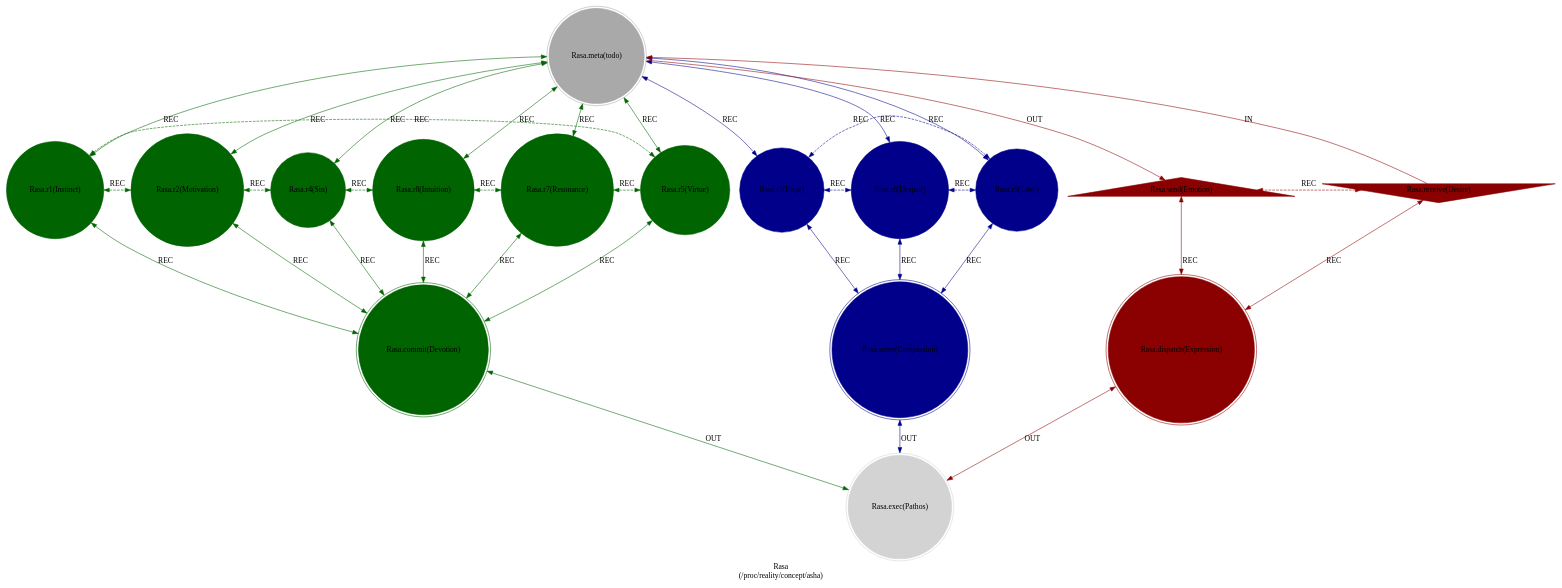
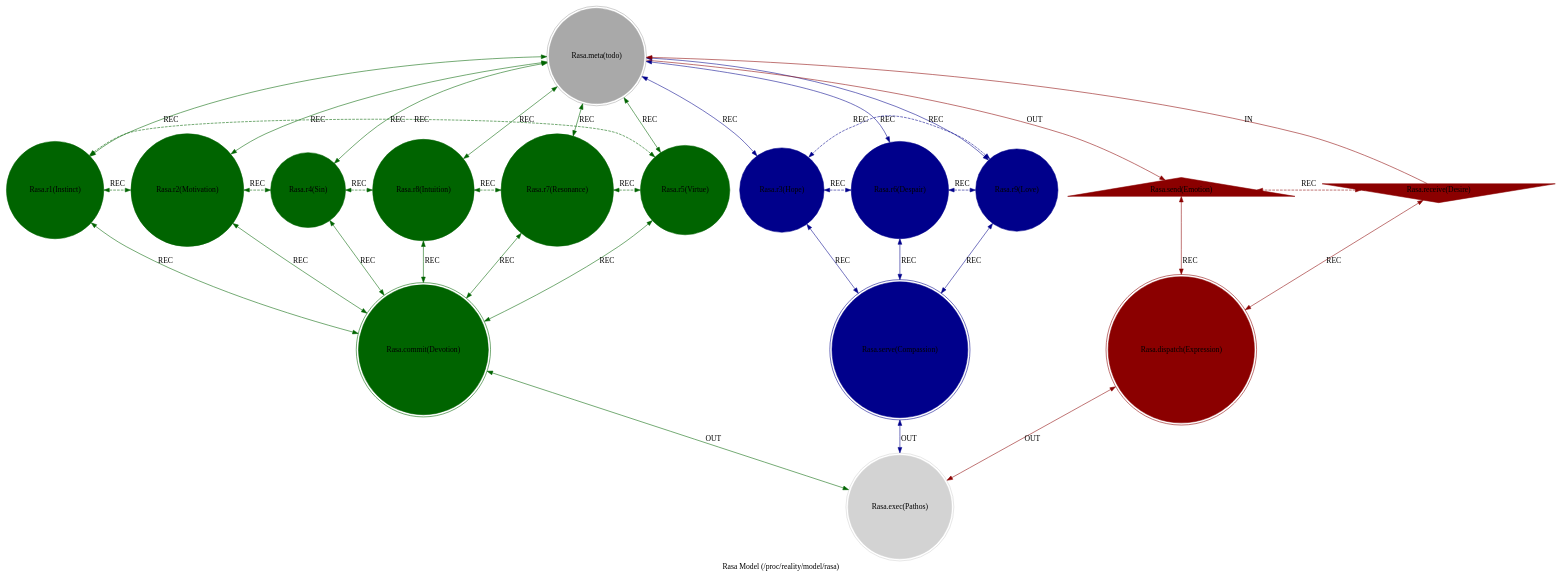
Before and after one commit to cilang/mythos: the diagram in src/includes/model/mythos_model_rasa.dot, drawn with Graphviz. The commit also changed 35 other files, not shown here.

```diff
--- a/src/includes/model/mythos_model_rasa.dot
+++ b/src/includes/model/mythos_model_rasa.dot
@@ -1,70 +1,64 @@
-strict digraph Rasa {
-    label = "Rasa\n(/proc/reality/concept/asha)";
+strict digraph RasaModel {
     style = filled;
     color = lightgray;
     node [shape = circle; style = filled; color = lightgreen;];
-
-    // The Axis A-0-B (In-Meta-Out).
-    // The Sacred 3-6-9 (Boundary of Perception).
-    // The Vortex 1-2-4-8-7-5 (Boundary of Comprehension).
-    // The Router C-D-E
-    // The Closure F
+    edge [color = darkgray;];
+    label = "Rasa Model (/proc/reality/model/rasa)";
+    comment = "TODO";
+    
     spark_0_rasa_model_t [label = "Rasa.meta(todo)";comment = "Abstract: TODO";shape = doublecircle;color = darkgray;];
     spark_1_rasa_model_t [label = "Rasa.r1(Instinct)";comment = "Initiation: TODO";color = darkgreen;];
     spark_2_rasa_model_t [label = "Rasa.r2(Motivation)";comment = "Response: TODO";color = darkgreen;];
     spark_4_rasa_model_t [label = "Rasa.r4(Sin)";comment = "Integration: TODO";color = darkgreen;];
     spark_8_rasa_model_t [label = "Rasa.r8(Intuition)";comment = "Reflection: TODO";color = darkgreen;];
     spark_7_rasa_model_t [label = "Rasa.r7(Resonance)";comment = "Consolidation: TODO";color = darkgreen;];
     spark_5_rasa_model_t [label = "Rasa.r5(Virtue)";comment = "Propagation: TODO";color = darkgreen;];
     spark_3_rasa_model_t [label = "Rasa.r3(Hope)";comment = "Thesis: TODO";color = darkblue;];
     spark_6_rasa_model_t [label = "Rasa.r6(Despair)";comment = "Antithesis: TODO";color = darkblue;];
     spark_9_rasa_model_t [label = "Rasa.r9(Love)";comment = "Synthesis: TODO";color = darkblue;];
     spark_a_rasa_model_t [label = "Rasa.receive(Desire)";comment = "Potential: A raw, undirected drive.";shape = invtriangle;color = darkred;];
     spark_b_rasa_model_t [label = "Rasa.send(Emotion)";comment = "Manifest: The complex feeling that arises from evaluated desire.";shape = triangle;color = darkred;];
     spark_c_rasa_model_t [label = "Rasa.dispatch(Expression)";comment = "Why-Who: TODO";shape = doublecircle;color = darkred;];
     spark_d_rasa_model_t [label = "Rasa.commit(Devotion)";comment = "What-How: TODO";shape = doublecircle;color = darkgreen;];
     spark_e_rasa_model_t [label = "Rasa.serve(Compassion)";comment = "When-Where: TODO";shape = doublecircle;color = darkblue;];
     spark_f_rasa_model_t [label = "Rasa.exec(Pathos)";comment = "Which-Closure: TODO";shape = doublecircle;color = lightgray;];
-
-    // IN = Input
-    // OUT = Output
-    // REC = Recursion
+    
     spark_a_rasa_model_t -> spark_0_rasa_model_t [label = "IN"; comment = "todo"; color = darkred; constraint = false;];
     spark_0_rasa_model_t -> spark_b_rasa_model_t [label = "OUT"; comment = "todo"; color = darkred;];
     spark_0_rasa_model_t -> spark_3_rasa_model_t [label = "REC"; comment = "todo"; color = darkblue; dir = both;];
     spark_0_rasa_model_t -> spark_6_rasa_model_t [label = "REC"; comment = "todo"; color = darkblue; dir = both;];
     spark_0_rasa_model_t -> spark_9_rasa_model_t [label = "REC"; comment = "todo"; color = darkblue; dir = both;];
     spark_0_rasa_model_t -> spark_1_rasa_model_t [label = "REC"; comment = "todo"; color = darkgreen; dir = both;];
     spark_0_rasa_model_t -> spark_2_rasa_model_t [label = "REC"; comment = "todo"; color = darkgreen; dir = both;];
     spark_0_rasa_model_t -> spark_4_rasa_model_t [label = "REC"; comment = "todo"; color = darkgreen; dir = both;];
     spark_0_rasa_model_t -> spark_8_rasa_model_t [label = "REC"; comment = "todo"; color = darkgreen; dir = both;];
     spark_0_rasa_model_t -> spark_7_rasa_model_t [label = "REC"; comment = "todo"; color = darkgreen; dir = both;];
     spark_0_rasa_model_t -> spark_5_rasa_model_t [label = "REC"; comment = "todo"; color = darkgreen; dir = both;];
-
+    
     spark_a_rasa_model_t -> spark_c_rasa_model_t [label = "REC"; comment = "todo"; color = darkred; dir = both;];
     spark_b_rasa_model_t -> spark_c_rasa_model_t [label = "REC"; comment = "todo"; color = darkred; dir = both;];
     spark_1_rasa_model_t -> spark_d_rasa_model_t [label = "REC"; comment = "todo"; color = darkgreen; dir = both;];
     spark_2_rasa_model_t -> spark_d_rasa_model_t [label = "REC"; comment = "todo"; color = darkgreen; dir = both;];
     spark_4_rasa_model_t -> spark_d_rasa_model_t [label = "REC"; comment = "todo"; color = darkgreen; dir = both;];
     spark_8_rasa_model_t -> spark_d_rasa_model_t [label = "REC"; comment = "todo"; color = darkgreen; dir = both;];
     spark_7_rasa_model_t -> spark_d_rasa_model_t [label = "REC"; comment = "todo"; color = darkgreen; dir = both;];
     spark_5_rasa_model_t -> spark_d_rasa_model_t [label = "REC"; comment = "todo"; color = darkgreen; dir = both;];
     spark_3_rasa_model_t -> spark_e_rasa_model_t [label = "REC"; comment = "todo"; color = darkblue; dir = both;];
     spark_6_rasa_model_t -> spark_e_rasa_model_t [label = "REC"; comment = "todo"; color = darkblue; dir = both;];
     spark_9_rasa_model_t -> spark_e_rasa_model_t [label = "REC"; comment = "todo"; color = darkblue; dir = both;];
-
+    
     spark_1_rasa_model_t -> spark_2_rasa_model_t [label = "REC"; comment = "todo"; color = darkgreen; dir = both; style = dashed; constraint = false;];
     spark_2_rasa_model_t -> spark_4_rasa_model_t [label = "REC"; comment = "todo"; color = darkgreen; dir = both; style = dashed; constraint = false;];
     spark_4_rasa_model_t -> spark_8_rasa_model_t [label = "REC"; comment = "todo"; color = darkgreen; dir = both; style = dashed; constraint = false;];
     spark_8_rasa_model_t -> spark_7_rasa_model_t [label = "REC"; comment = "todo"; color = darkgreen; dir = both; style = dashed; constraint = false;];
     spark_7_rasa_model_t -> spark_5_rasa_model_t [label = "REC"; comment = "todo"; color = darkgreen; dir = both; style = dashed; constraint = false;];
     spark_5_rasa_model_t -> spark_1_rasa_model_t [label = "REC"; comment = "todo"; color = darkgreen; dir = both; style = dashed; constraint = false;];
     spark_3_rasa_model_t -> spark_6_rasa_model_t [label = "REC"; comment = "todo"; color = darkblue; dir = both; style = dashed; constraint = false;];
     spark_6_rasa_model_t -> spark_9_rasa_model_t [label = "REC"; comment = "todo"; color = darkblue; dir = both; style = dashed; constraint = false;];
     spark_9_rasa_model_t -> spark_3_rasa_model_t [label = "REC"; comment = "todo"; color = darkblue; dir = both; style = dashed; constraint = false;];
     spark_a_rasa_model_t -> spark_b_rasa_model_t [label = "REC"; comment = "todo"; color = darkred; dir = both; style = dashed; constraint = false;];
-
+    
     spark_c_rasa_model_t -> spark_f_rasa_model_t [label = "OUT"; comment = "todo"; color = darkred; dir = both;];
     spark_d_rasa_model_t -> spark_f_rasa_model_t [label = "OUT"; comment = "todo"; color = darkgreen; dir = both;];
     spark_e_rasa_model_t -> spark_f_rasa_model_t [label = "OUT"; comment = "todo"; color = darkblue; dir = both;];
 }
```
